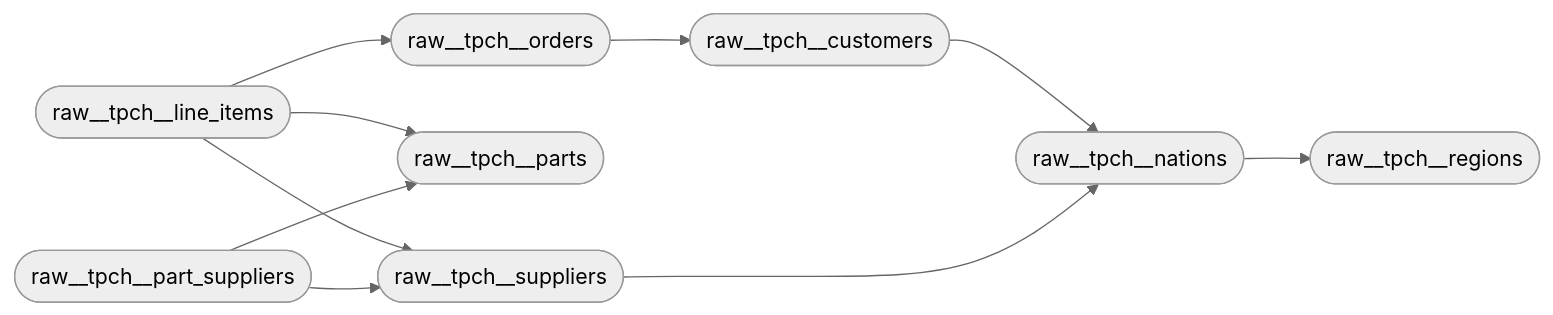
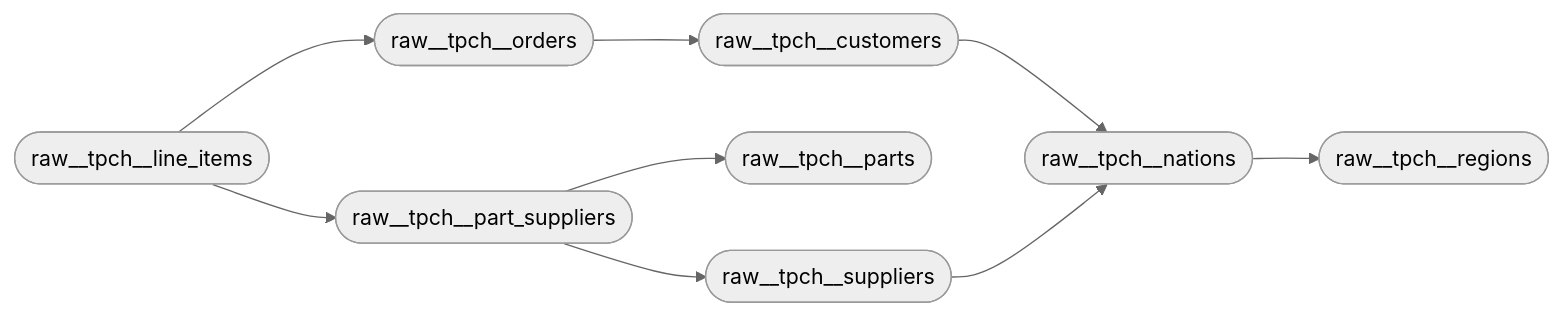
The second of 4 diagrams in README.md (mattiasthalen/tpch), drawn with Mermaid (neutral theme) before and after one commit. The commit also changed other lines of this file and 2 other files, not shown here.

Commit message:
Correct line item relation

````diff
--- a/README.md
+++ b/README.md
@@ -207,21 +207,20 @@
 ```mermaid
 flowchart LR
     raw__tpch__customers(["raw__tpch__customers"])
     raw__tpch__line_items(["raw__tpch__line_items"])
     raw__tpch__nations(["raw__tpch__nations"])
     raw__tpch__orders(["raw__tpch__orders"])
     raw__tpch__part_suppliers(["raw__tpch__part_suppliers"])
     raw__tpch__parts(["raw__tpch__parts"])
     raw__tpch__regions(["raw__tpch__regions"])
     raw__tpch__suppliers(["raw__tpch__suppliers"])
 
     raw__tpch__line_items --> raw__tpch__orders
-    raw__tpch__line_items --> raw__tpch__parts
-    raw__tpch__line_items --> raw__tpch__suppliers
+    raw__tpch__line_items --> raw__tpch__part_suppliers
     raw__tpch__orders --> raw__tpch__customers
     raw__tpch__customers --> raw__tpch__nations
     raw__tpch__nations --> raw__tpch__regions
     raw__tpch__suppliers --> raw__tpch__nations
     raw__tpch__part_suppliers --> raw__tpch__parts
     raw__tpch__part_suppliers --> raw__tpch__suppliers
 ```
````
